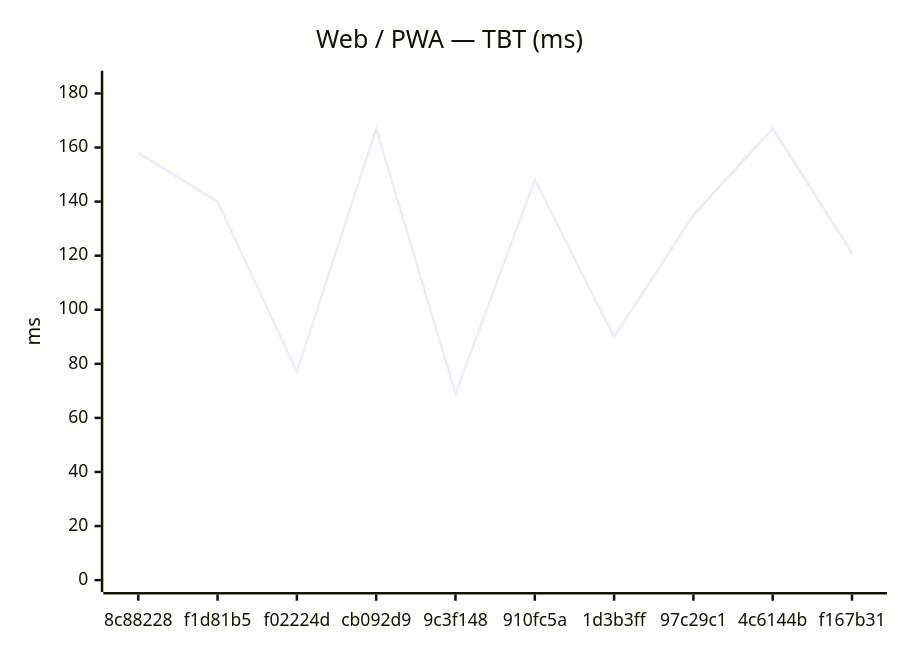
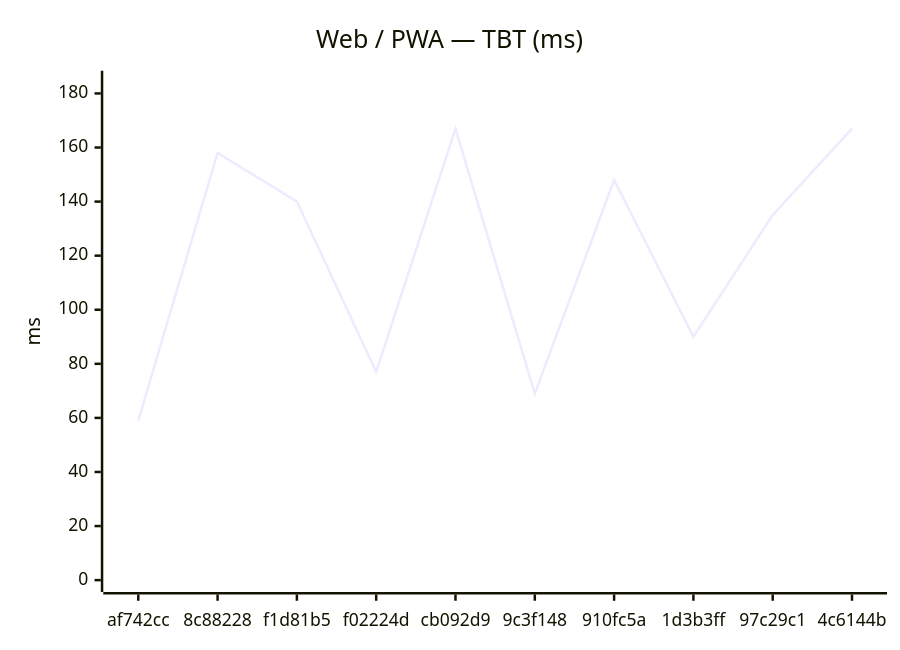
One commit to Metaheurist/Rianell changed the second of 18 diagrams in benchmarks/compare.md. Above: the diagram before and after it, drawn with Mermaid. The commit also changed other lines of this file and 12 other files, not shown here.

````diff
--- a/benchmarks/compare.md
+++ b/benchmarks/compare.md
@@ -31,7 +31,7 @@
 ```mermaid
 xychart-beta
     title "Web / PWA — TBT (ms)"
-    x-axis ["8c88228", "f1d81b5", "f02224d", "cb092d9", "9c3f148", "910fc5a", "1d3b3ff", "97c29c1", "4c6144b", "f167b31"]
+    x-axis ["af742cc", "8c88228", "f1d81b5", "f02224d", "cb092d9", "9c3f148", "910fc5a", "1d3b3ff", "97c29c1", "4c6144b"]
     y-axis "ms" 0 --> 184
-    line [158, 140, 77, 167, 69, 148, 90, 135, 167, 121]
+    line [59, 158, 140, 77, 167, 69, 148, 90, 135, 167]
 ```
````
